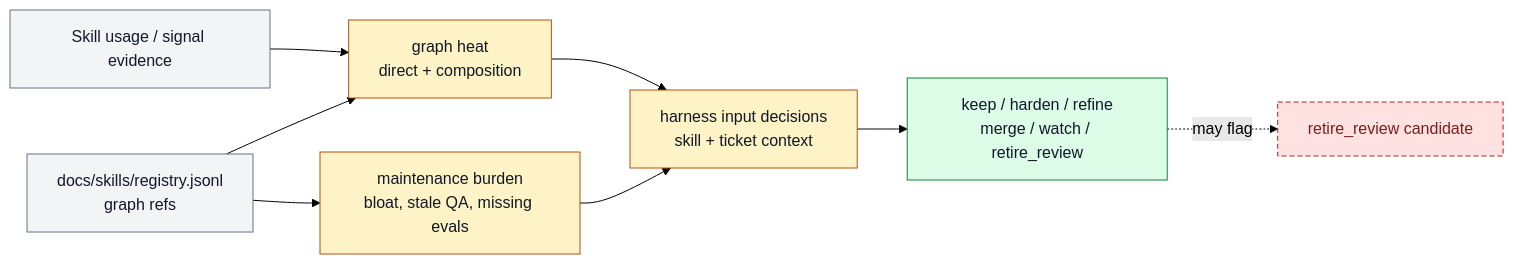
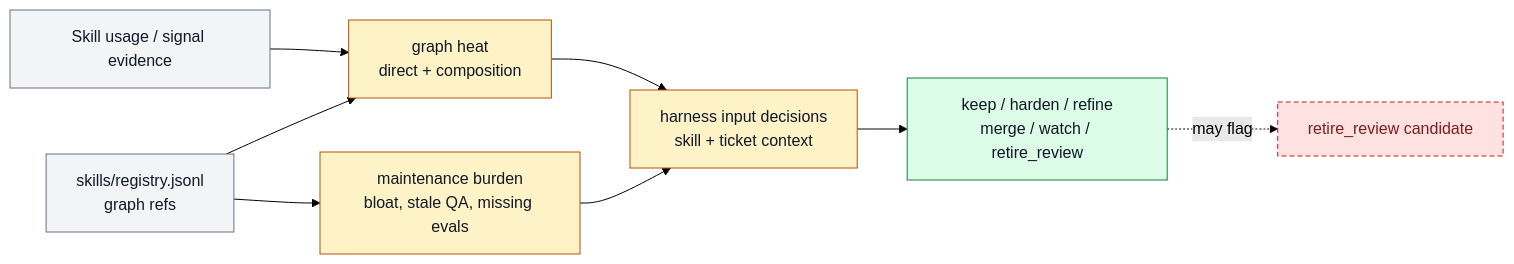
The diagram in docs/features/FEAT-0064-skill-signals.md (ZanarkandTechnologies/Farplane), drawn with Mermaid (forest theme) before and after one commit. The commit also changed other lines of this file and 105 other files, not shown here.

````diff
--- a/docs/features/FEAT-0064-skill-signals.md
+++ b/docs/features/FEAT-0064-skill-signals.md
@@ -128,23 +128,23 @@
 ```mermaid
 flowchart LR
   classDef keep fill:#f3f4f6,stroke:#6b7280,color:#111827
   classDef changed fill:#fef3c7,stroke:#b45309,color:#111827
   classDef added fill:#dcfce7,stroke:#15803d,color:#111827
   classDef retired fill:#fee2e2,stroke:#b91c1c,color:#7f1d1d,stroke-dasharray: 5 3
 
   usage["Skill usage / signal evidence"]:::keep
-  registry["docs/skills/registry.jsonl<br/>graph refs"]:::keep
+  registry["skills/registry.jsonl<br/>graph refs"]:::keep
   heat["graph heat<br/>direct + composition"]:::changed
   burden["maintenance burden<br/>bloat, stale QA, missing evals"]:::changed
   taste["harness input decisions<br/>skill + ticket context"]:::changed
   decision["keep / harden / refine<br/>merge / watch / retire_review"]:::added
   retire["retire_review candidate"]:::retired
 
   usage --> heat
   registry --> heat
   registry --> burden
   heat --> taste
   burden --> taste
   taste --> decision
   decision -. may flag .-> retire
 ```
````
